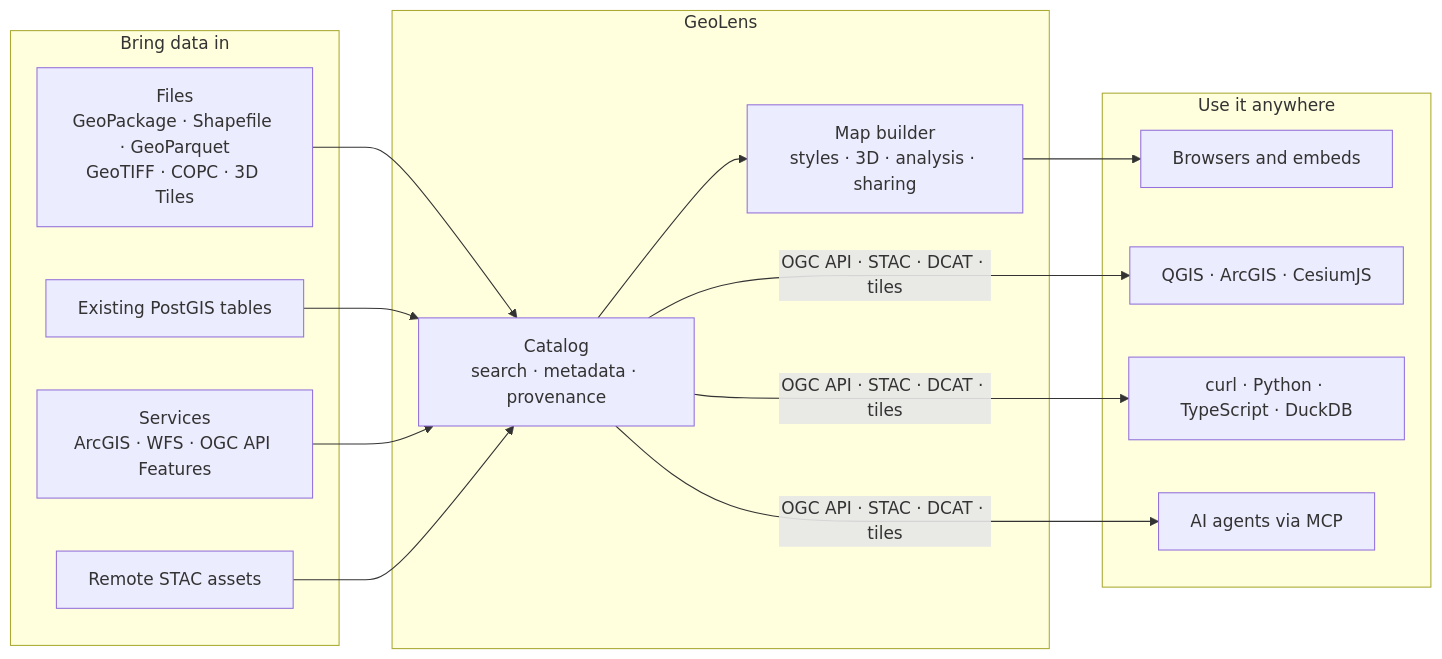
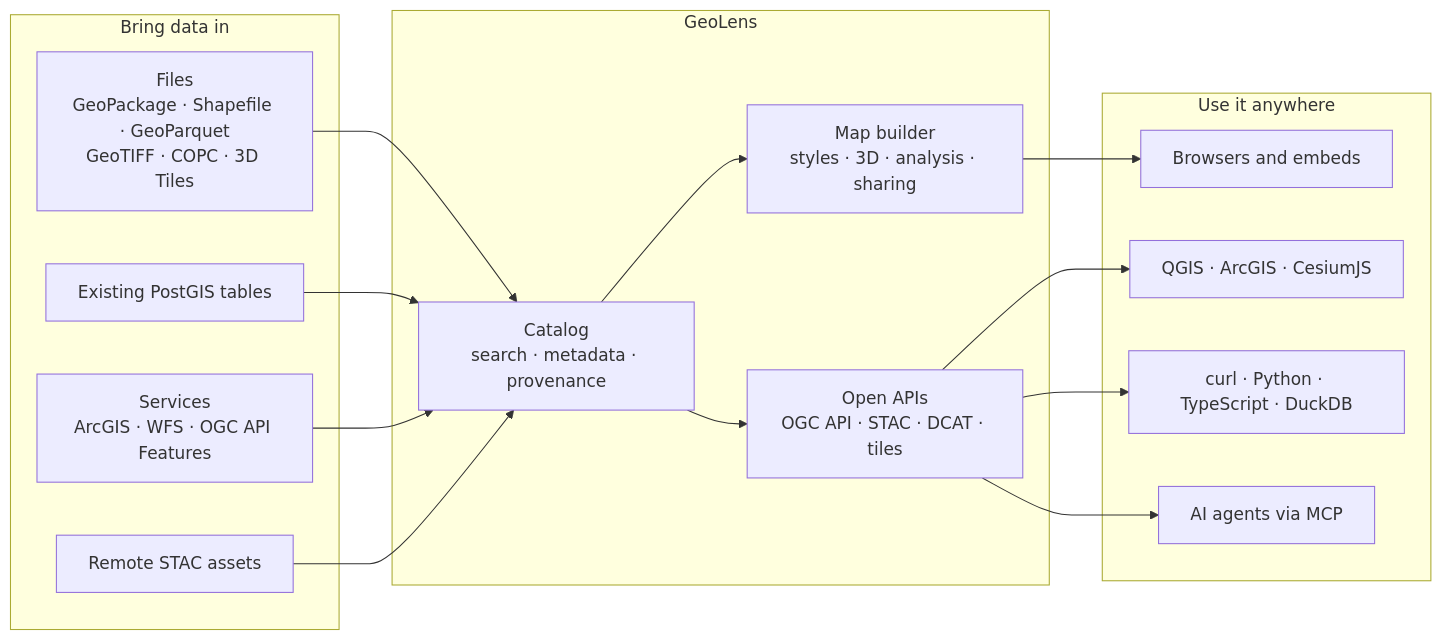
One commit to geolens-io/geolens changed the diagram in README.md. Above: the diagram before and after it, drawn with Mermaid. The commit also changed other lines of this file, not shown here.

Commit message:
docs(readme): list each DCAT endpoint and draw the standards as one node
DCAT-US 3.0 and GeoDCAT-AP have their own routes, so the standards table now names all three. The diagram's labeled fan-out edge drew the same label three times; the open APIs are now a node inside the GeoLens group.

````diff
--- a/README.md
+++ b/README.md
@@ -53,22 +53,23 @@
 ```mermaid
 flowchart LR
     subgraph IN ["Bring data in"]
       F["Files<br/>GeoPackage · Shapefile · GeoParquet<br/>GeoTIFF · COPC · 3D Tiles"]
       DB["Existing PostGIS tables"]
       SVC["Services<br/>ArcGIS · WFS · OGC API Features"]
       ST["Remote STAC assets"]
     end
     subgraph GL ["GeoLens"]
       CAT["Catalog<br/>search · metadata · provenance"]
       MB["Map builder<br/>styles · 3D · analysis · sharing"]
+      STD["Open APIs<br/>OGC API · STAC · DCAT · tiles"]
     end
     subgraph OUT ["Use it anywhere"]
       WEB["Browsers and embeds"]
       GIS["QGIS · ArcGIS · CesiumJS"]
       CODE["curl · Python · TypeScript · DuckDB"]
       AG["AI agents via MCP"]
     end
     F & DB & SVC & ST --> CAT
     CAT --> MB --> WEB
-    CAT -- "OGC API · STAC · DCAT · tiles" --> GIS & CODE & AG
+    CAT --> STD --> GIS & CODE & AG
 ```
````
